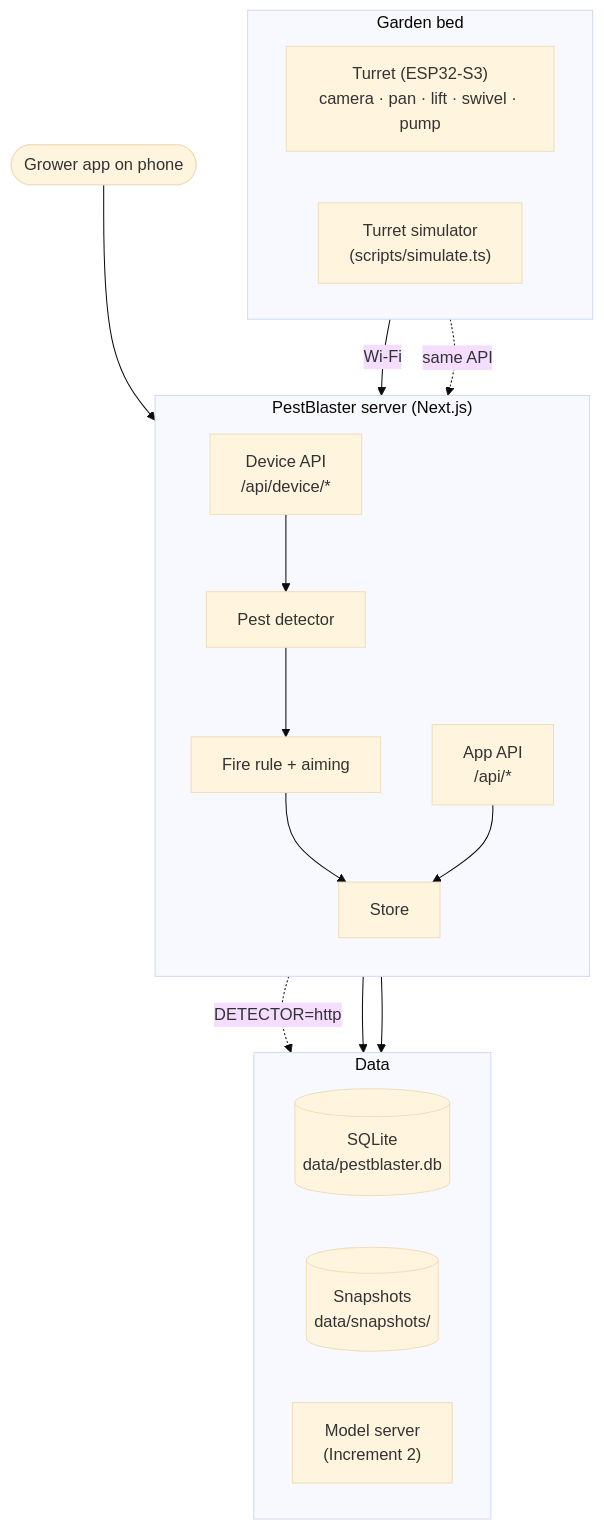
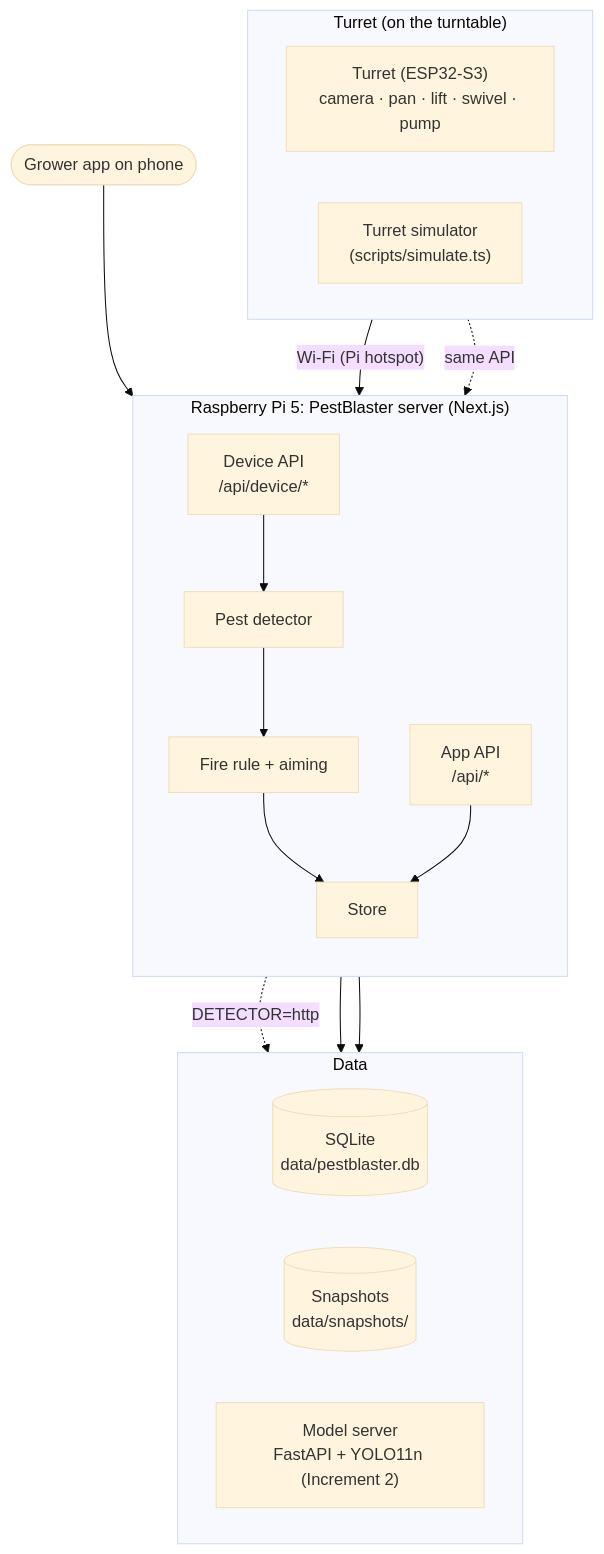
One commit to helidastar/PestBlaster changed the fourth of 6 diagrams in docs/DOCUMENTATION.md. Above: the diagram before and after it, drawn with Mermaid (base theme). The commit also changed other lines of this file and 8 other files, not shown here.

````diff
--- a/docs/DOCUMENTATION.md
+++ b/docs/DOCUMENTATION.md
@@ -287,33 +350,33 @@
 ```mermaid
 flowchart TB
-    subgraph Garden["Garden bed"]
+    subgraph Farm["Turret (on the turntable)"]
         direction LR
         T["Turret (ESP32-S3)<br/>camera · pan · lift · swivel · pump"]
         SIM["Turret simulator<br/>(scripts/simulate.ts)"]
     end
 
-    subgraph Server["PestBlaster server (Next.js)"]
+    subgraph Server["Raspberry Pi 5: PestBlaster server (Next.js)"]
         direction TB
         DAPI["Device API<br/>/api/device/*"]
         DET[Pest detector]
         DEC["Fire rule + aiming"]
         STORE[Store]
         AAPI["App API<br/>/api/*"]
     end
 
     subgraph Data["Data"]
         direction LR
         DB[("SQLite<br/>data/pestblaster.db")]
         SNAP[("Snapshots<br/>data/snapshots/")]
-        MODEL["Model server<br/>(Increment 2)"]
+        MODEL["Model server<br/>FastAPI + YOLO11n (Increment 2)"]
     end
 
     APP([Grower app on phone])
 
-    T -- Wi-Fi --> DAPI
+    T -- Wi-Fi (Pi hotspot) --> DAPI
     SIM -. same API .-> DAPI
     DAPI --> DET --> DEC --> STORE
     DET -. DETECTOR=http .-> MODEL
     STORE --> DB & SNAP
     APP --> AAPI --> STORE
 ```
````
